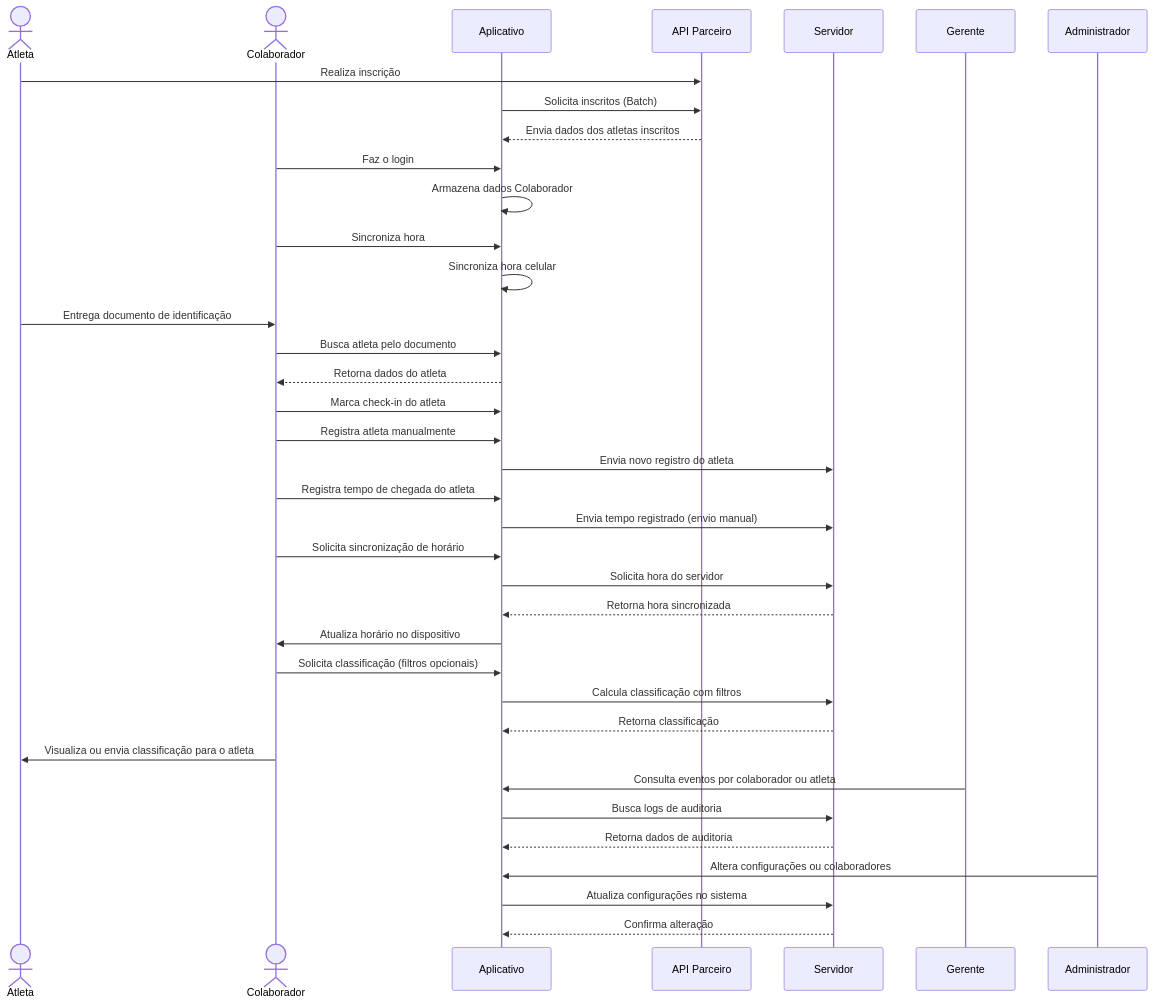
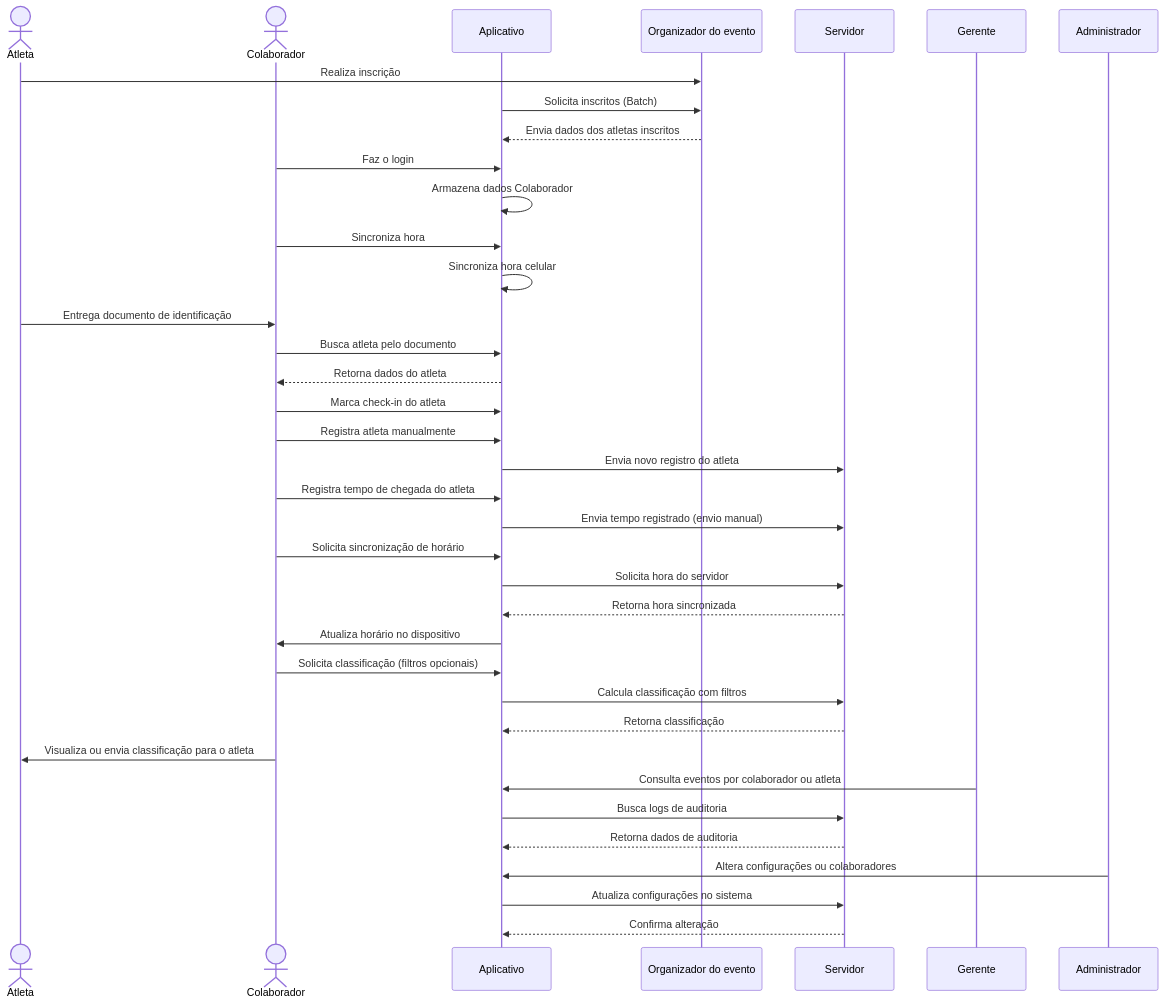
The diagram in designer/diagrams/sequence_general.md (brgilsonsp/corrida_familia_piba), drawn with Mermaid before and after one commit. The commit also changed 4 other files, not shown here.

Commit message:
Ajustado diagramas. Utilizando diagrama C4 visão de conteiner para documentar a visão geral do aplicativo. Adicionado diagrama de sequencia do fluxo de negócio

````diff
--- a/designer/diagrams/sequence_general.md
+++ b/designer/diagrams/sequence_general.md
@@ -3,57 +3,57 @@
 ```mermaid
 sequenceDiagram
     actor Atleta as Atleta
     actor Colaborador as Colaborador
     participant Aplicativo as Aplicativo
-    participant API_Parceiro as API Parceiro
+    participant API_Parceiro as Organizador do evento
 
 %% Inscrição
     Atleta->>API_Parceiro: Realiza inscrição
     Aplicativo->>API_Parceiro: Solicita inscritos (Batch)
     API_Parceiro-->>Aplicativo: Envia dados dos atletas inscritos
 
 %% Abertura do Aplicativo
     Colaborador->>Aplicativo: Faz o login
     Aplicativo->>Aplicativo: Armazena dados Colaborador
 
 %% Sincronizar Hora
     Colaborador->>Aplicativo: Sincroniza hora
     Aplicativo->>Aplicativo: Sincroniza hora celular
     
 %% Check-in
     Atleta->>Colaborador: Entrega documento de identificação
     Colaborador->>Aplicativo: Busca atleta pelo documento
     Aplicativo-->>Colaborador: Retorna dados do atleta
     Colaborador->>Aplicativo: Marca check-in do atleta
 
 %% Check-in sem inscrição
     Colaborador->>Aplicativo: Registra atleta manualmente
     Aplicativo->>Servidor: Envia novo registro do atleta
 
 %% Cronometragem
     Colaborador->>Aplicativo: Registra tempo de chegada do atleta
     Aplicativo->>Servidor: Envia tempo registrado (envio manual)
 
 %% Sincronização do horário
     Colaborador->>Aplicativo: Solicita sincronização de horário
     Aplicativo->>Servidor: Solicita hora do servidor
     Servidor-->>Aplicativo: Retorna hora sincronizada
     Aplicativo->>Colaborador: Atualiza horário no dispositivo
 
 %% Classificação
     Colaborador->>Aplicativo: Solicita classificação (filtros opcionais)
     Aplicativo->>Servidor: Calcula classificação com filtros
     Servidor-->>Aplicativo: Retorna classificação
     Colaborador->>Atleta: Visualiza ou envia classificação para o atleta
 
 %% Auditoria
     Gerente->>Aplicativo: Consulta eventos por colaborador ou atleta
     Aplicativo->>Servidor: Busca logs de auditoria
     Servidor-->>Aplicativo: Retorna dados de auditoria
 
 %% Configuração
     Administrador->>Aplicativo: Altera configurações ou colaboradores
     Aplicativo->>Servidor: Atualiza configurações no sistema
     Servidor-->>Aplicativo: Confirma alteração
 
 ```
````
